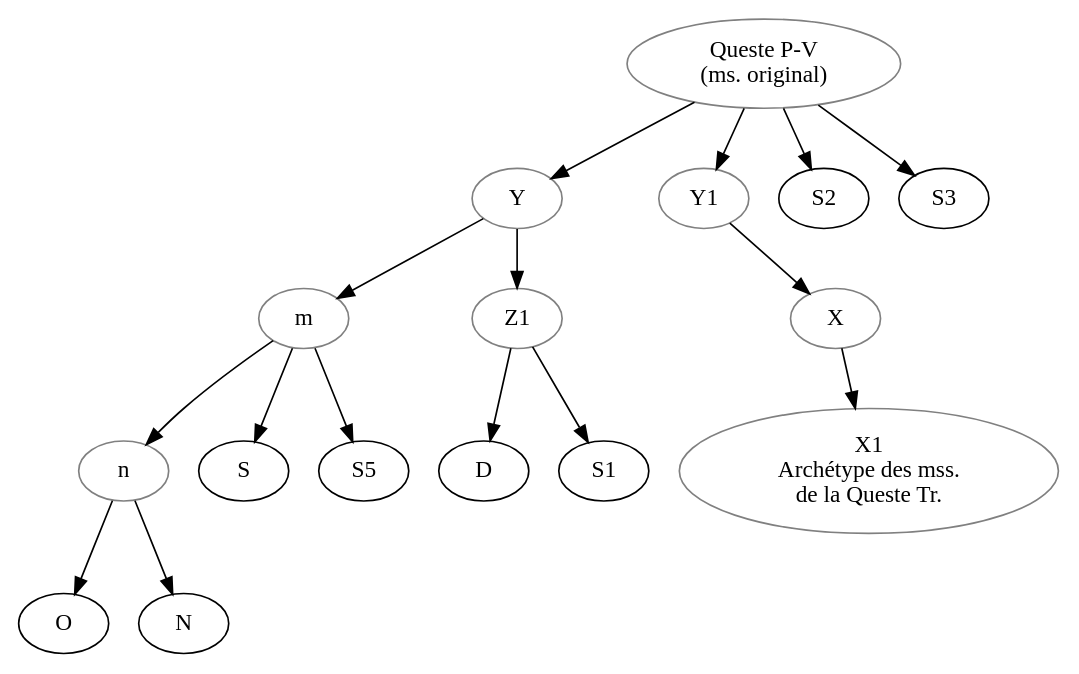
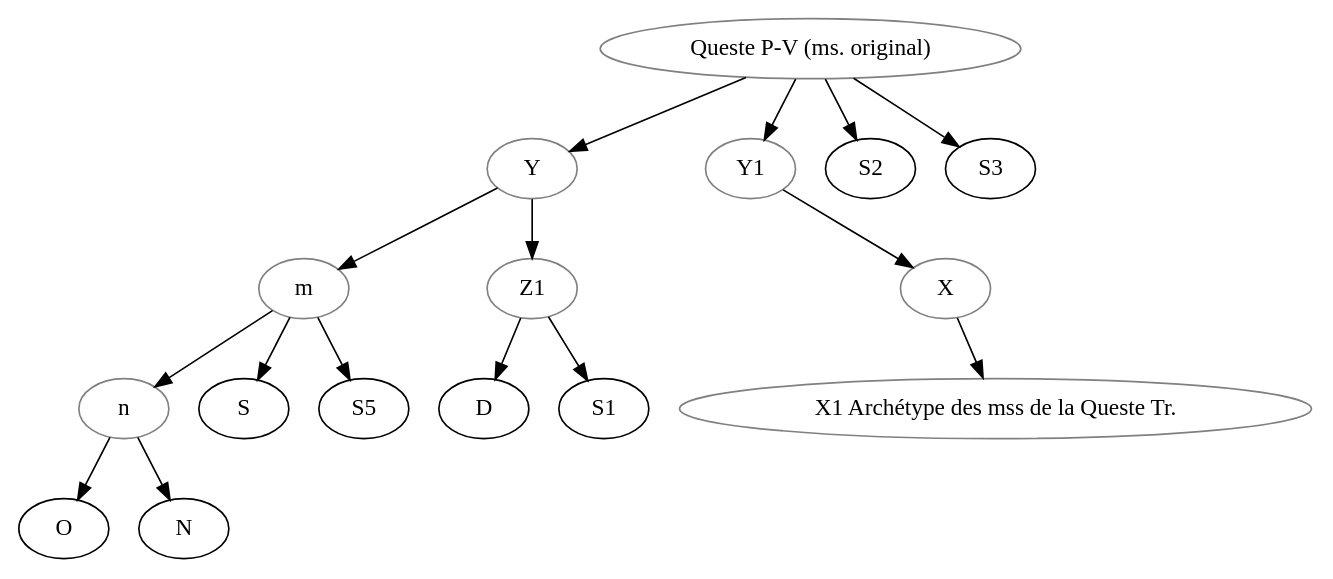
Before and after one commit to OpenStemmata/database: the diagram in data/fro/Bogdanow_1991_QuestePV/stemma.gv, drawn with Graphviz. The commit also changed 7 other files, not shown here.

```diff
--- a/data/fro/Bogdanow_1991_QuestePV/stemma.gv
+++ b/data/fro/Bogdanow_1991_QuestePV/stemma.gv
@@ -1,27 +1,27 @@
 digraph {
 m[color="grey"];
 n[color="grey"];
-Omega[label="Queste P-V \n (ms. original)", color="grey"];
+Omega[label="Queste P-V (ms. original)", color="grey"];
 X[color="grey"];
 
 Y[color="grey"];
 Y1[color="grey"];
 Z1[color="grey"];
-X1[label="X1 \n Archétype des mss.\n de la Queste Tr.", color="grey"];
+X1[label="X1 Archétype des mss de la Queste Tr.", color="grey"];
 
 Omega->Y1;
 Y1->X;
 X->X1;
 Omega->Y;
 Y->Z1;
 Z1->D;
 Z1->S1;
 Y->m;
 m->S;
 m->n;
 n->O;
 n->N;
 m->S5[style=uncert];
 Omega->S2[style=uncert];
 Omega->S3[style=uncert];
 }
```
